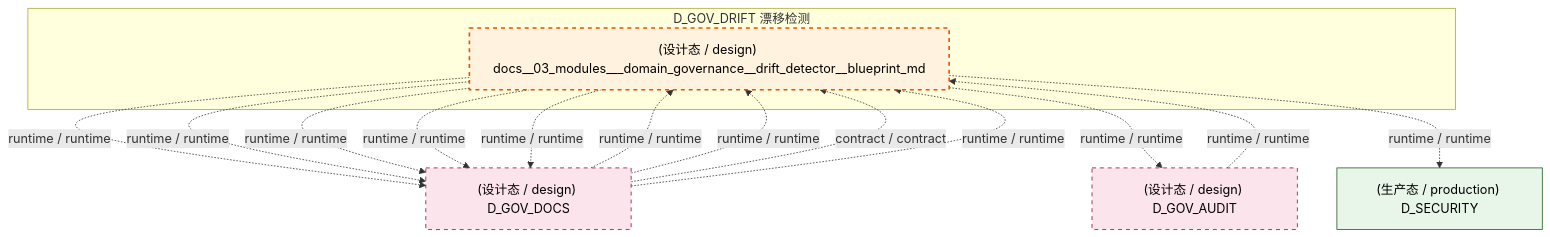
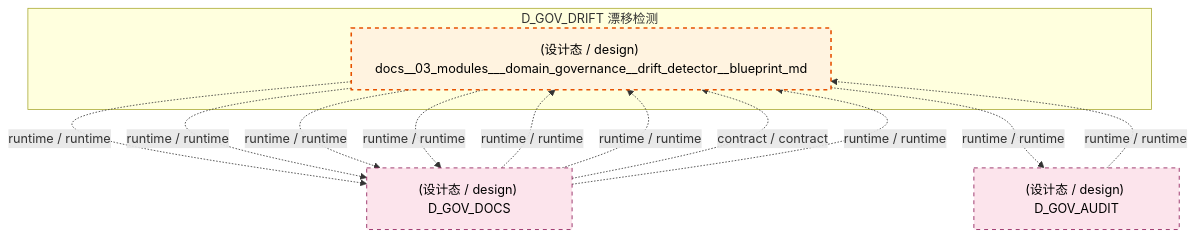
The fifth of 7 diagrams in docs/02_enterprise_architecture/02_domain_architecture_docs/41_d_gov_drift.md (xuanFelixVan/ZephyrAlpha), drawn with Mermaid before and after one commit. The commit also changed other lines of this file and 111 other files, not shown here.

````diff
--- a/docs/02_enterprise_architecture/02_domain_architecture_docs/41_d_gov_drift.md
+++ b/docs/02_enterprise_architecture/02_domain_architecture_docs/41_d_gov_drift.md
@@ -534,28 +536,24 @@
 ```mermaid
 graph TD
     subgraph D_GOV_DRIFT["D_GOV_DRIFT 漂移检测"]
         docs_03_modules_domain_governance_drift_detector_blueprint_md["(设计态 / design) docs__03_modules___domain_governance__drift_detector__blueprint_md"]
     end
     D_GOV_DOCS["(设计态 / design) D_GOV_DOCS"]
     docs_03_modules_domain_governance_drift_detector_blueprint_md -.->|runtime / runtime| D_GOV_DOCS
     docs_03_modules_domain_governance_drift_detector_blueprint_md -.->|runtime / runtime| D_GOV_DOCS
     D_GOV_AUDIT["(设计态 / design) D_GOV_AUDIT"]
     docs_03_modules_domain_governance_drift_detector_blueprint_md -.->|runtime / runtime| D_GOV_AUDIT
-    D_SECURITY["(生产态 / production) D_SECURITY"]
-    docs_03_modules_domain_governance_drift_detector_blueprint_md -.->|runtime / runtime| D_SECURITY
-    docs_03_modules_domain_governance_drift_detector_blueprint_md -.->|runtime / runtime| D_GOV_DOCS
     docs_03_modules_domain_governance_drift_detector_blueprint_md -.->|runtime / runtime| D_GOV_DOCS
     docs_03_modules_domain_governance_drift_detector_blueprint_md -.->|runtime / runtime| D_GOV_DOCS
     D_GOV_AUDIT -.->|runtime / runtime| docs_03_modules_domain_governance_drift_detector_blueprint_md
     D_GOV_DOCS -.->|runtime / runtime| docs_03_modules_domain_governance_drift_detector_blueprint_md
     D_GOV_DOCS -.->|runtime / runtime| docs_03_modules_domain_governance_drift_detector_blueprint_md
     D_GOV_DOCS -.->|contract / contract| docs_03_modules_domain_governance_drift_detector_blueprint_md
     D_GOV_DOCS -.->|runtime / runtime| docs_03_modules_domain_governance_drift_detector_blueprint_md
     classDef production fill:#e1f5fe,stroke:#01579b,stroke-width:2px,color:#000
     classDef design fill:#fff3e0,stroke:#e65100,stroke-width:2px,color:#000,stroke-dasharray: 5 5
     classDef external_prod fill:#e8f5e9,stroke:#1b5e20,stroke-width:1px,color:#000
     classDef external_design fill:#fce4ec,stroke:#880e4f,stroke-width:1px,color:#000,stroke-dasharray: 5 5
     class docs_03_modules_domain_governance_drift_detector_blueprint_md design
-    class D_SECURITY external_prod
     class D_GOV_DOCS,D_GOV_AUDIT external_design
 ```
````
